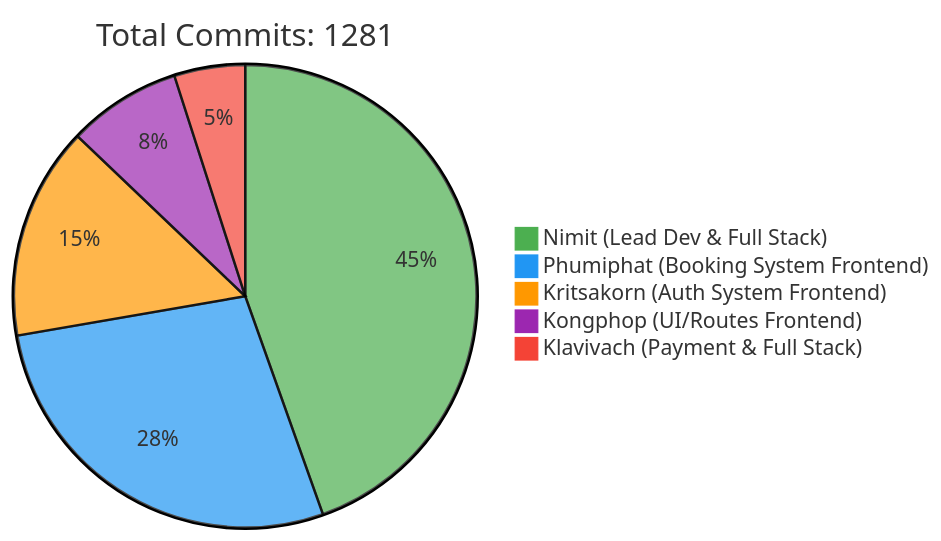
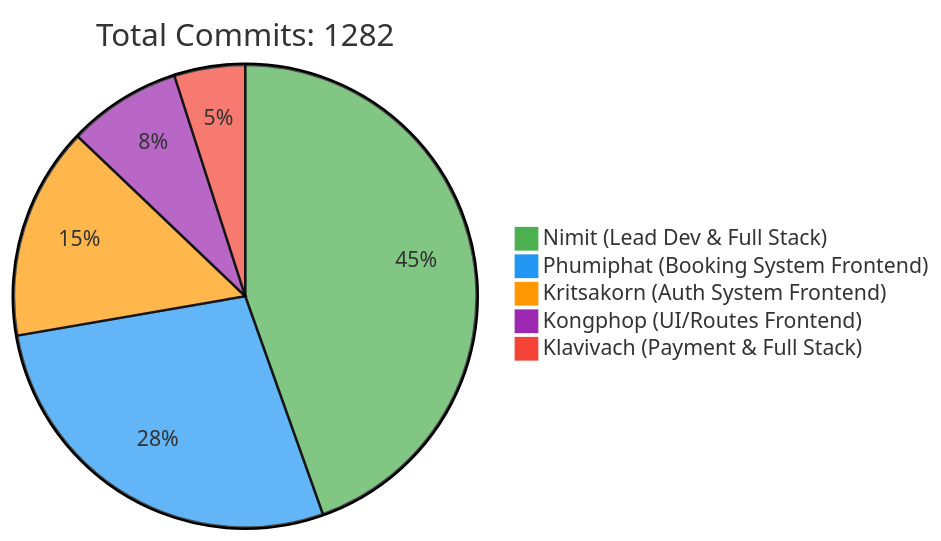
One commit to 6531503042/Sport-Complex changed the first of 2 diagrams in README.md. Above: the diagram before and after it, drawn with Mermaid. The commit also changed other lines of this file, not shown here.

Commit message:
docs: Update contributor statistics [skip ci]

````diff
--- a/README.md
+++ b/README.md
@@ -257,10 +257,10 @@
 ```mermaid
 %%{init: {'theme': 'base', 'themeVariables': { 'pie1': '#4CAF50', 'pie2': '#2196F3', 'pie3': '#FF9800', 'pie4': '#9C27B0', 'pie5': '#F44336'}}}%%
 pie
-    title Total Commits: 1281
+    title Total Commits: 1282
     "Nimit (Lead Dev & Full Stack)" : 450
     "Phumiphat (Booking System Frontend)" : 280
     "Kritsakorn (Auth System Frontend)" : 150
     "Kongphop (UI/Routes Frontend)" : 80
     "Klavivach (Payment & Full Stack)" : 50
 ```
````
